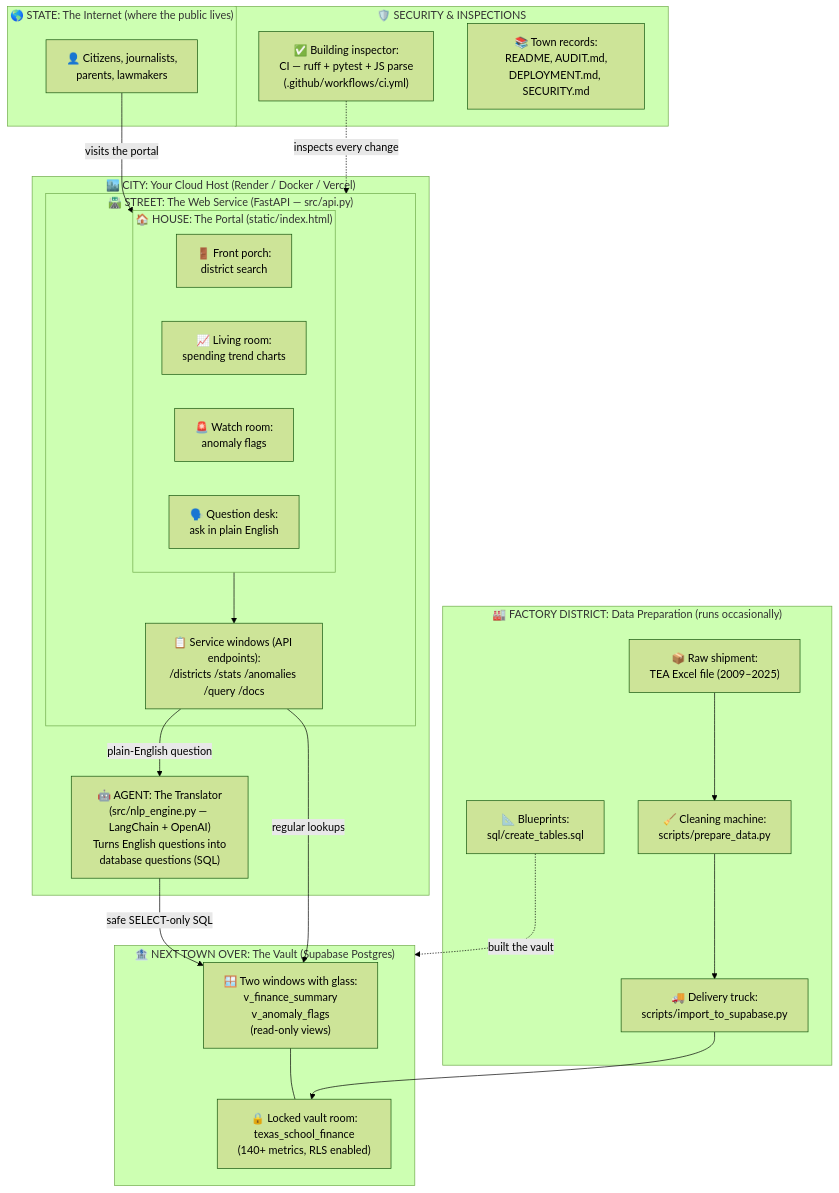
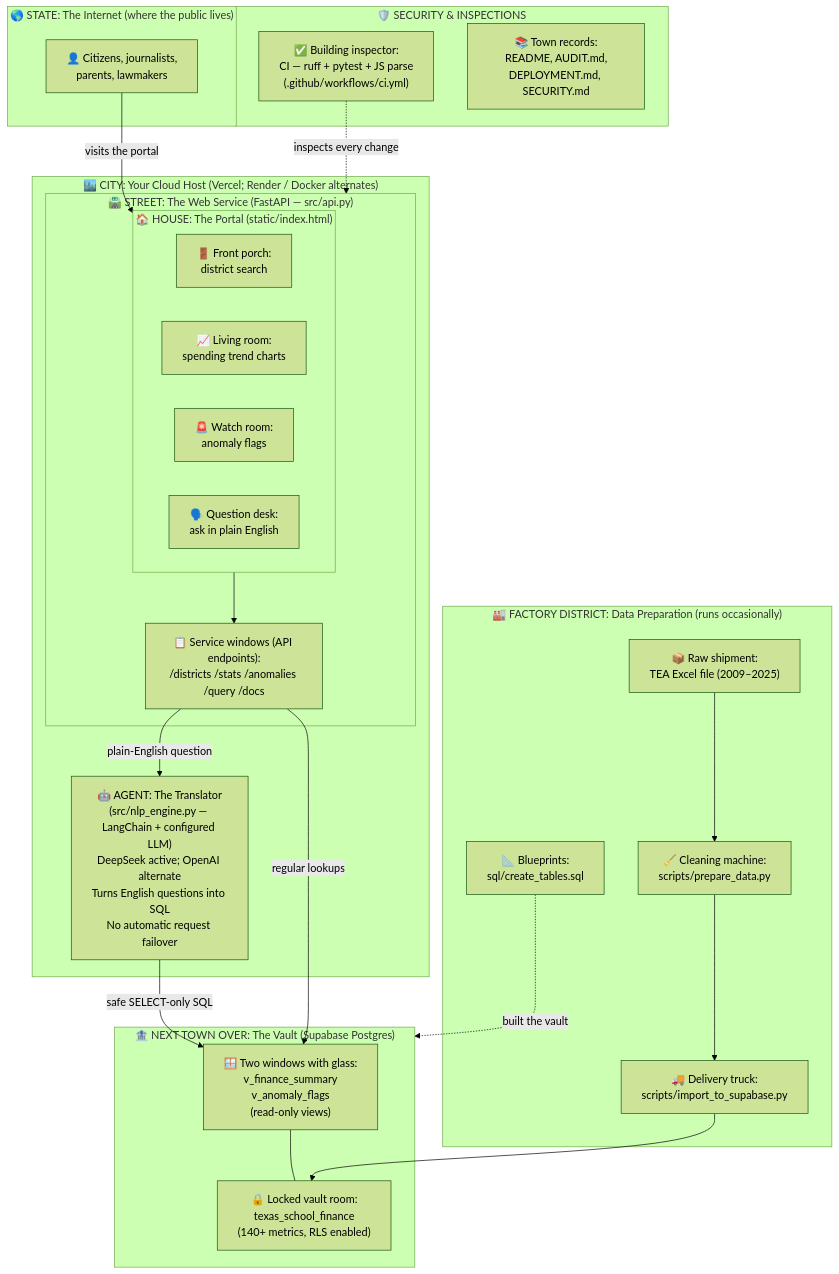
Before and after one commit to GusAI40/texas-isd-finances: the diagram in PROJECT_MAP.md, drawn with Mermaid (forest theme). The commit also changed other lines of this file and 55 other files, not shown here.

````diff
--- a/PROJECT_MAP.md
+++ b/PROJECT_MAP.md
@@ -16,46 +16,46 @@
 ```mermaid
 graph TB
     subgraph STATE["🌎 STATE: The Internet (where the public lives)"]
         CITIZEN["👤 Citizens, journalists,<br/>parents, lawmakers"]
     end
 
-    subgraph CITY["🏙️ CITY: Your Cloud Host (Render / Docker / Vercel)"]
+    subgraph CITY["🏙️ CITY: Your Cloud Host (Vercel; Render / Docker alternates)"]
         subgraph STREET["🛣️ STREET: The Web Service (FastAPI — src/api.py)"]
             subgraph HOUSE["🏠 HOUSE: The Portal (static/index.html)"]
                 R1["🚪 Front porch:<br/>district search"]
                 R2["📈 Living room:<br/>spending trend charts"]
                 R3["🚨 Watch room:<br/>anomaly flags"]
                 R4["🗣️ Question desk:<br/>ask in plain English"]
             end
             API["📋 Service windows (API endpoints):<br/>/districts /stats /anomalies /query /docs"]
         end
-        AGENT["🤖 AGENT: The Translator<br/>(src/nlp_engine.py — LangChain + OpenAI)<br/>Turns English questions into<br/>database questions (SQL)"]
+        AGENT["🤖 AGENT: The Translator<br/>(src/nlp_engine.py — LangChain + configured LLM)<br/>DeepSeek active; OpenAI alternate<br/>Turns English questions into SQL<br/>No automatic request failover"]
     end
 
     subgraph VAULT["🏦 NEXT TOWN OVER: The Vault (Supabase Postgres)"]
         VIEWS["🪟 Two windows with glass:<br/>v_finance_summary<br/>v_anomaly_flags<br/>(read-only views)"]
         TABLE["🔒 Locked vault room:<br/>texas_school_finance<br/>(140+ metrics, RLS enabled)"]
     end
 
     subgraph FACTORY["🏭 FACTORY DISTRICT: Data Preparation (runs occasionally)"]
         TEA["📦 Raw shipment:<br/>TEA Excel file (2009–2025)"]
         PREP["🧹 Cleaning machine:<br/>scripts/prepare_data.py"]
         LOAD["🚚 Delivery truck:<br/>scripts/import_to_supabase.py"]
         SQLF["📐 Blueprints:<br/>sql/create_tables.sql"]
     end
 
     subgraph GUARDS["🛡️ SECURITY & INSPECTIONS"]
         CI["✅ Building inspector:<br/>CI — ruff + pytest + JS parse<br/>(.github/workflows/ci.yml)"]
         DOCS["📚 Town records:<br/>README, AUDIT.md,<br/>DEPLOYMENT.md, SECURITY.md"]
     end
 
     CITIZEN -->|"visits the portal"| HOUSE
     HOUSE --> API
     API -->|"plain-English question"| AGENT
     AGENT -->|"safe SELECT-only SQL"| VIEWS
     API -->|"regular lookups"| VIEWS
     VIEWS --- TABLE
     TEA --> PREP --> LOAD --> TABLE
     SQLF -.->|"built the vault"| VAULT
     CI -.->|"inspects every change"| STREET
 ```
````
